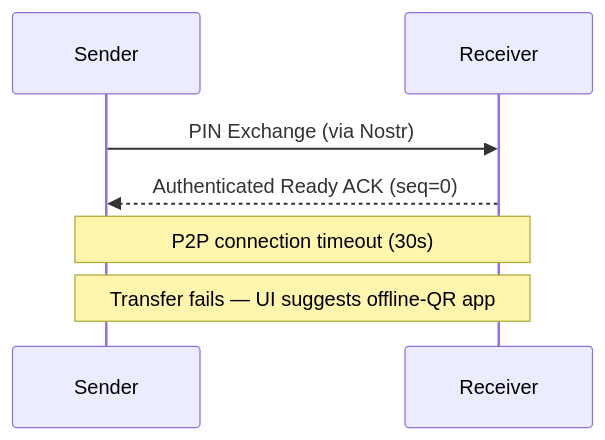
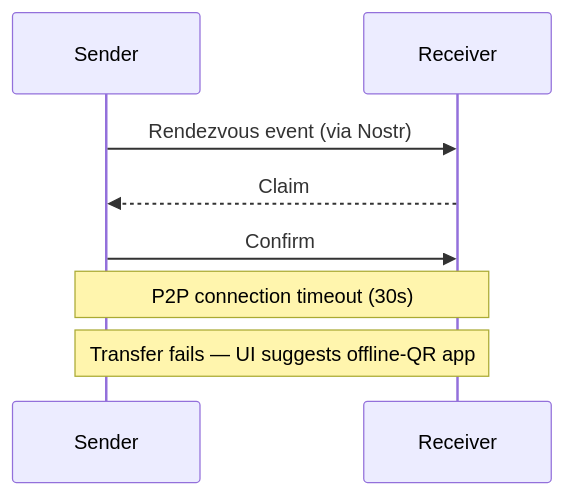
One commit to andrewtheguy/secure-send-web changed the third of 5 diagrams in docs/ARCHITECTURE.md. Above: the diagram before and after it, drawn with Mermaid. The commit also changed other lines of this file and 19 other files, not shown here.

First line of the commit message:
feat: rotating short PIN with ECDH content keys for Nostr mode

````diff
--- a/docs/ARCHITECTURE.md
+++ b/docs/ARCHITECTURE.md
@@ -78,9 +84,10 @@
 ```mermaid
 sequenceDiagram
     participant Sender
     participant Receiver
-    Sender->>Receiver: PIN Exchange (via Nostr)
-    Receiver-->>Sender: Authenticated Ready ACK (seq=0)
+    Sender->>Receiver: Rendezvous event (via Nostr)
+    Receiver-->>Sender: Claim
+    Sender->>Receiver: Confirm
     Note over Sender,Receiver: P2P connection timeout (30s)
     Note over Sender,Receiver: Transfer fails — UI suggests offline-QR app
 ```
````
